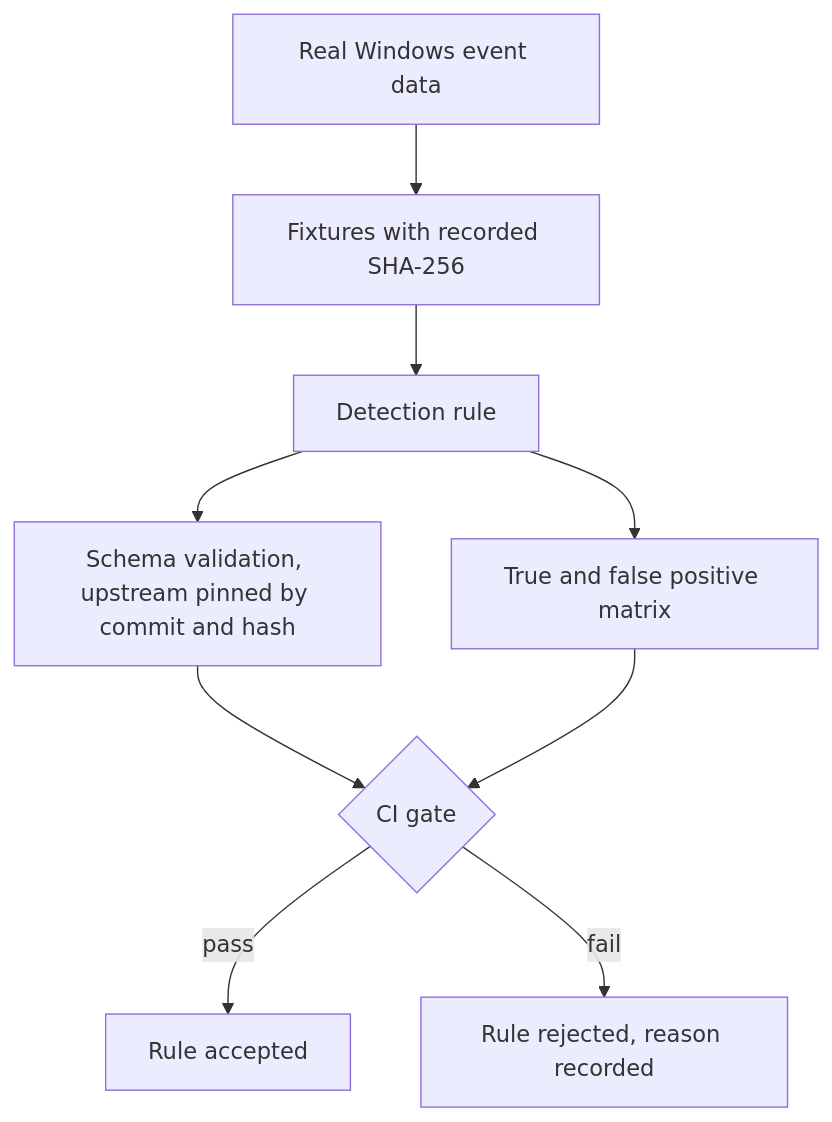
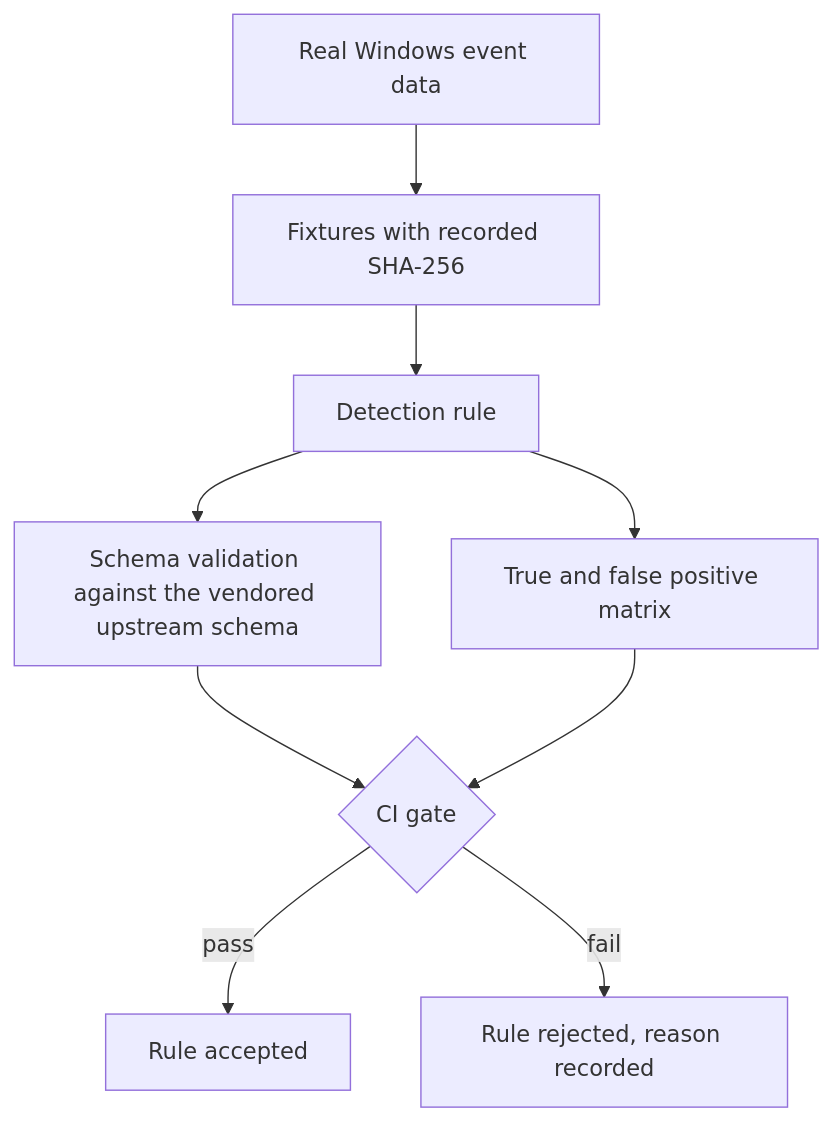
The diagram in README.md (marcuspaula-seceng/windows-detection-engineering-lab), drawn with Mermaid before and after one commit. The commit also changed other lines of this file and 3 other files, not shown here.

````diff
--- a/README.md
+++ b/README.md
@@ -243,11 +244,11 @@
 ```mermaid
 flowchart TD
     A[Real Windows event data] --> B[Fixtures with recorded SHA-256]
     B --> C[Detection rule]
-    C --> D[Schema validation, upstream pinned by commit and hash]
+    C --> D[Schema validation against the vendored upstream schema]
     C --> E[True and false positive matrix]
     D --> F{CI gate}
     E --> F
     F -->|pass| G[Rule accepted]
     F -->|fail| H[Rule rejected, reason recorded]
 ```
````
